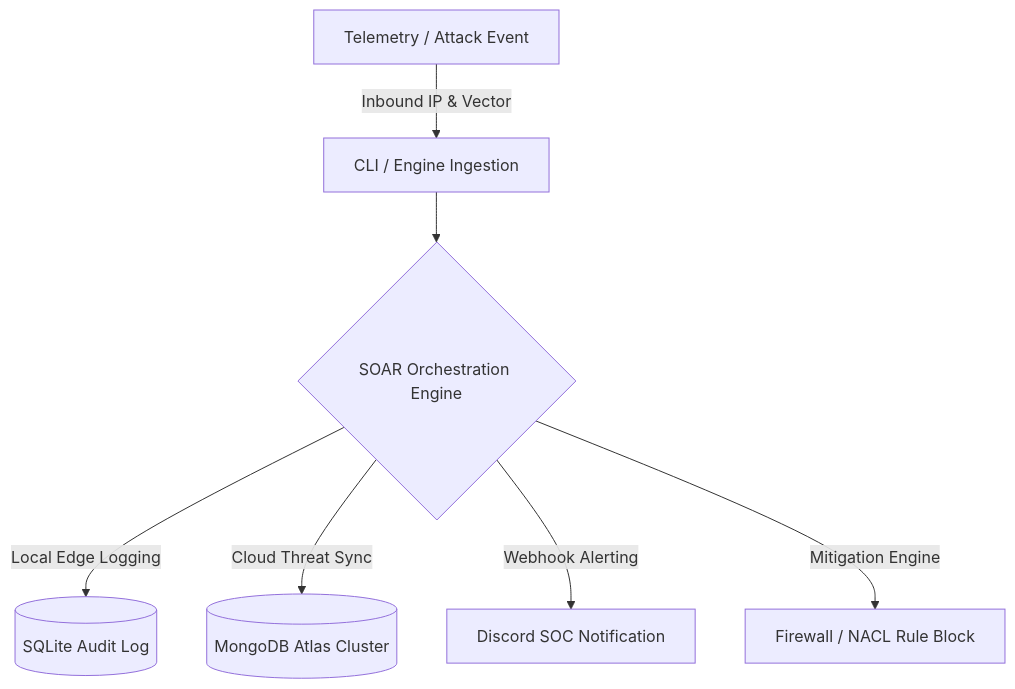
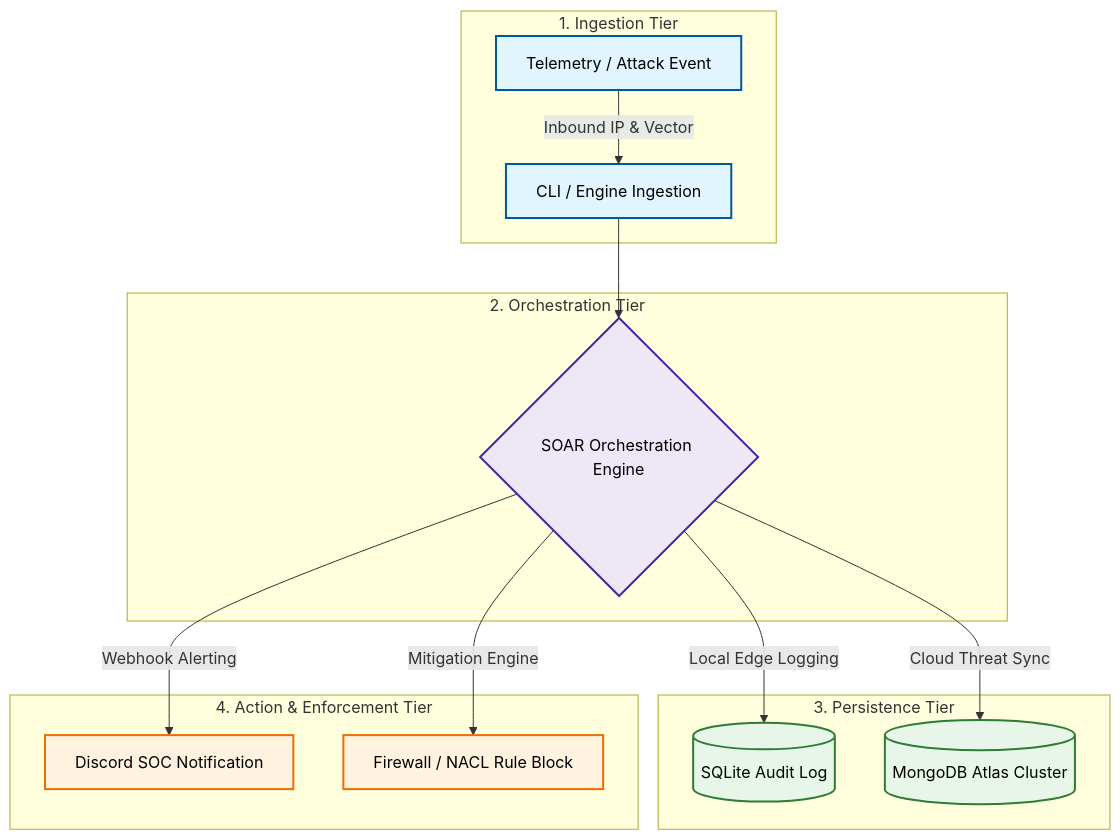
One commit to rajeshgurindapalli15-crypto/cyber-soar-pipeline changed the diagram in README.md. Above: the diagram before and after it, drawn with Mermaid.

````diff
--- a/README.md
+++ b/README.md
@@ -16,10 +16,31 @@
 ```mermaid
 flowchart TD
-    A[Telemetry / Attack Event] -->|Inbound IP & Vector| B[CLI / Engine Ingestion]
-    B --> C{SOAR Orchestration Engine}
-    
-    C -->|Local Edge Logging| D[(SQLite Audit Log)]
-    C -->|Cloud Threat Sync| E[(MongoDB Atlas Cluster)]
-    C -->|Webhook Alerting| F[Discord SOC Notification]
-    C -->|Mitigation Engine| G[Firewall / NACL Rule Block]
+    subgraph Ingress ["1. Ingestion Tier"]
+        A[Telemetry / Attack Event] -->|Inbound IP & Vector| B[CLI / Engine Ingestion]
+    end
+
+    subgraph Core ["2. Orchestration Tier"]
+        B --> C{SOAR Orchestration Engine}
+    end
+
+    subgraph Storage ["3. Persistence Tier"]
+        C -->|Local Edge Logging| D[(SQLite Audit Log)]
+        C -->|Cloud Threat Sync| E[(MongoDB Atlas Cluster)]
+    end
+
+    subgraph Actions ["4. Action & Enforcement Tier"]
+        C -->|Webhook Alerting| F[Discord SOC Notification]
+        C -->|Mitigation Engine| G[Firewall / NACL Rule Block]
+    end
+
+    %% Professional Functional Color Styling
+    classDef ingressStyle fill:#e1f5fe,stroke:#01579b,stroke-width:2px,color:#000;
+    classDef coreStyle fill:#ede7f6,stroke:#4527a0,stroke-width:2px,color:#000;
+    classDef storageStyle fill:#e8f5e9,stroke:#2e7d32,stroke-width:2px,color:#000;
+    classDef actionStyle fill:#fff3e0,stroke:#ef6c00,stroke-width:2px,color:#000;
+
+    class A,B ingressStyle;
+    class C coreStyle;
+    class D,E storageStyle;
+    class F,G actionStyle;
 ```
````
